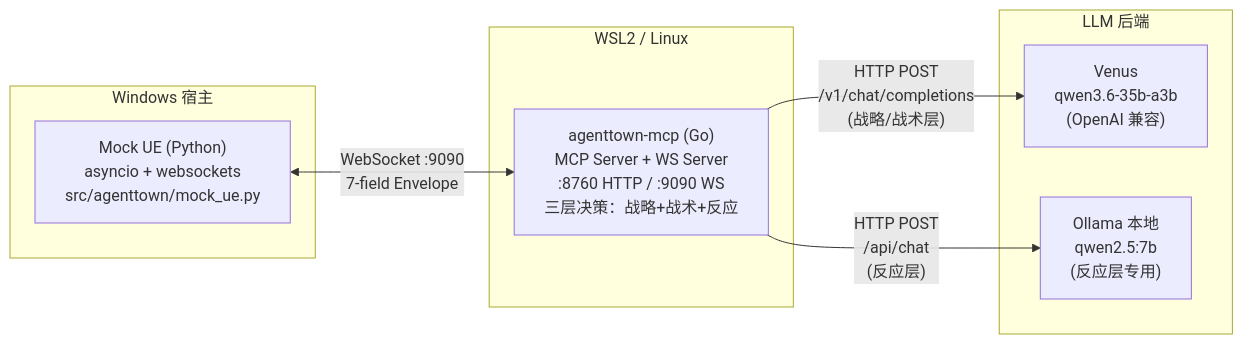
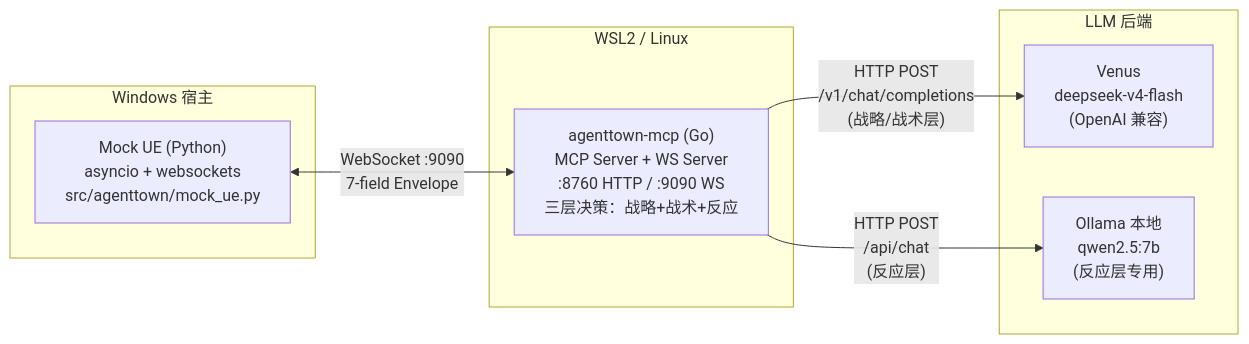
The first of 5 diagrams in CODEBUDDY.md (yitian-chen/SmartNPC), drawn with Mermaid before and after one commit. The commit also changed other lines of this file and 3 other files, not shown here.

First line of the commit message:
chore(config): 战略层/战术层默认模型切换为 deepseek-v4-flash

````diff
--- a/CODEBUDDY.md
+++ b/CODEBUDDY.md
@@ -18,16 +18,16 @@
 ```mermaid
 graph LR
     subgraph Win["Windows 宿主"]
         UE["Mock UE (Python)<br/>asyncio + websockets<br/>src/agenttown/mock_ue.py"]
     end
     subgraph WSL["WSL2 / Linux"]
         MCP["agenttown-mcp (Go)<br/>MCP Server + WS Server<br/>:8760 HTTP / :9090 WS<br/>三层决策：战略+战术+反应"]
     end
     subgraph LLM["LLM 后端"]
-        VENUS["Venus<br/>qwen3.6-35b-a3b<br/>(OpenAI 兼容)"]
+        VENUS["Venus<br/>deepseek-v4-flash<br/>(OpenAI 兼容)"]
         OLLAMA["Ollama 本地<br/>qwen2.5:7b<br/>(反应层专用)"]
     end
     UE <-->|"WebSocket :9090<br/>7-field Envelope"| MCP
     MCP -->|"HTTP POST<br/>/v1/chat/completions<br/>(战略/战术层)"| VENUS
     MCP -->|"HTTP POST<br/>/api/chat<br/>(反应层)"| OLLAMA
 ```
````
